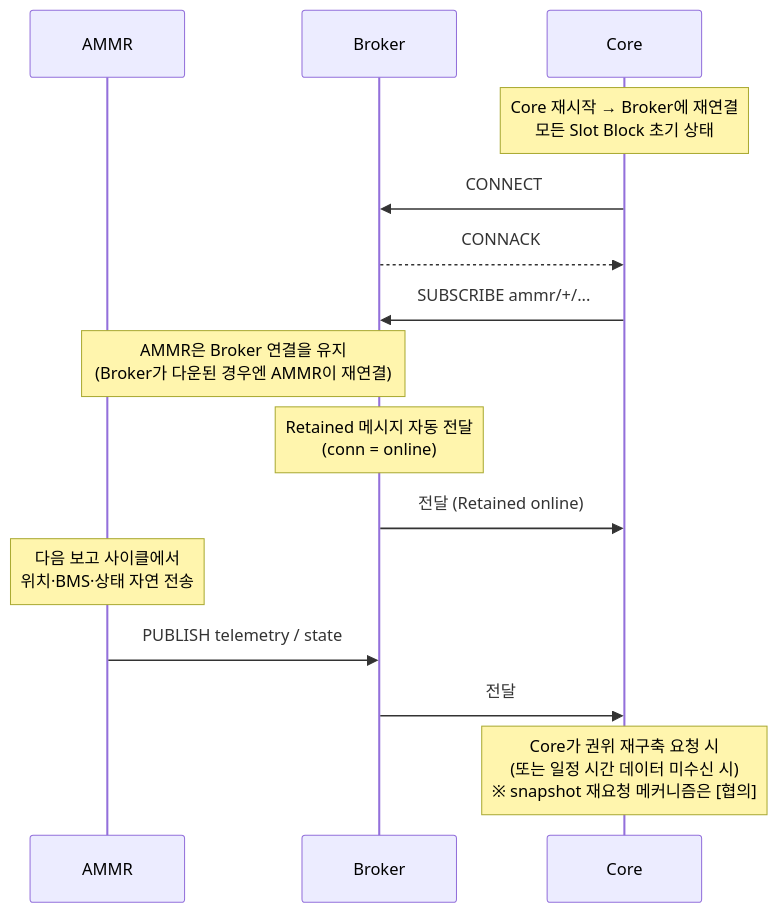
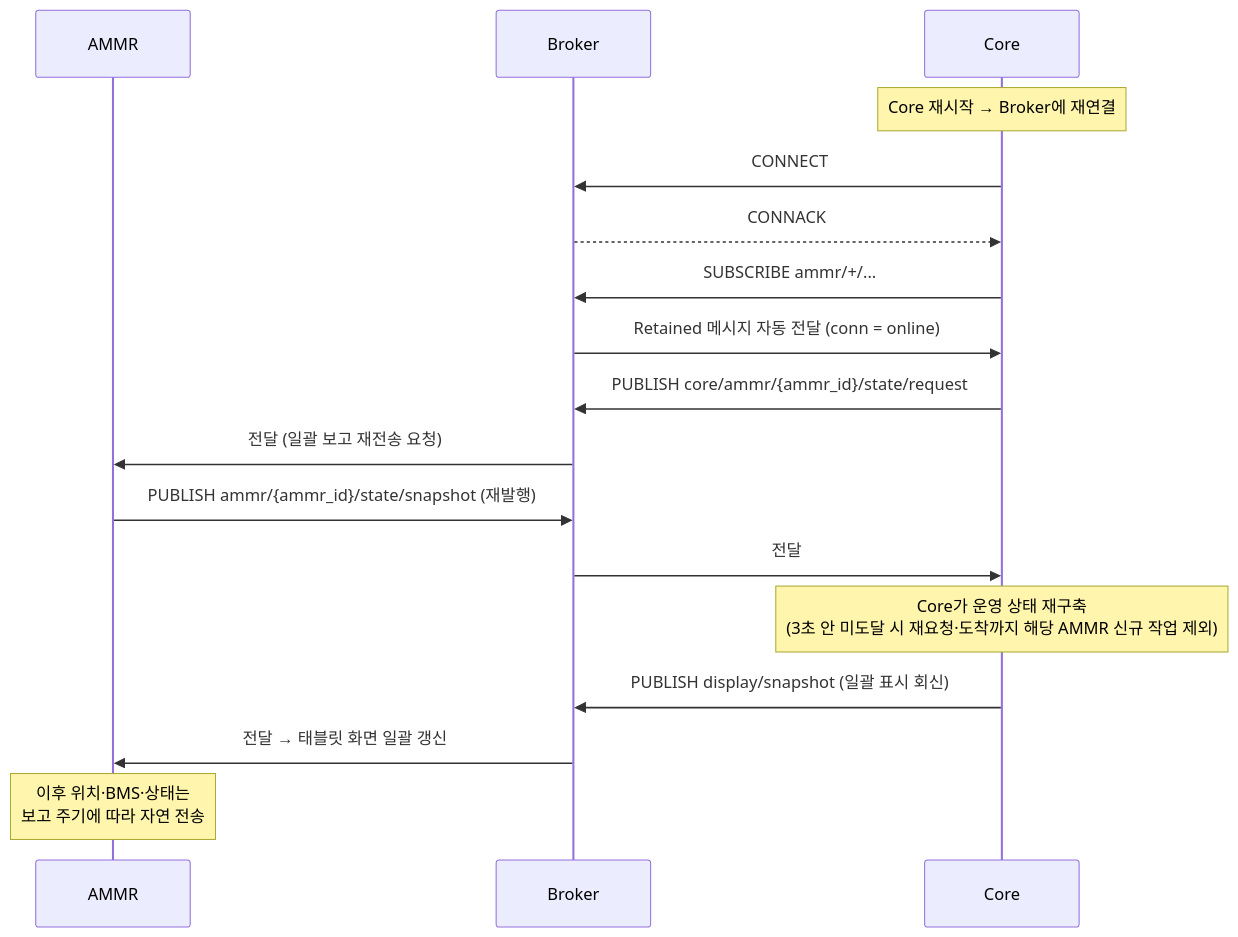
Before and after one commit to kimminsu0315/Core-Docs: diagram 12 of 12 in docs/out/Core_ICD_AMMR.md, drawn with Mermaid. The commit also changed other lines of this file and 7 other files, not shown here.

````diff
--- a/docs/out/Core_ICD_AMMR.md
+++ b/docs/out/Core_ICD_AMMR.md
@@ -814,21 +1204,22 @@
 ```mermaid
 sequenceDiagram
     participant A as AMMR
     participant B as Broker
     participant C as Core
 
-    Note over C: Core 재시작 → Broker에 재연결<br/>모든 Slot Block 초기 상태
+    Note over C: Core 재시작 → Broker에 재연결
     C->>B: CONNECT
     B-->>C: CONNACK
     C->>B: SUBSCRIBE ammr/+/...
+    B->>C: Retained 메시지 자동 전달 (conn = online)
 
-    Note over A,B: AMMR은 Broker 연결을 유지<br/>(Broker가 다운된 경우엔 AMMR이 재연결)
-    Note over B: Retained 메시지 자동 전달<br/>(conn = online)
-    B->>C: 전달 (Retained online)
+    C->>B: PUBLISH core/ammr/{ammr_id}/state/request
+    B->>A: 전달 (일괄 보고 재전송 요청)
+    A->>B: PUBLISH ammr/{ammr_id}/state/snapshot (재발행)
+    B->>C: 전달
+    Note over C: Core가 운영 상태 재구축<br/>(3초 안 미도달 시 재요청·도착까지 해당 AMMR 신규 작업 제외)
+    C->>B: PUBLISH display/snapshot (일괄 표시 회신)
+    B->>A: 전달 → 태블릿 화면 일괄 갱신
 
-    Note over A: 다음 보고 사이클에서<br/>위치·BMS·상태 자연 전송
-    A->>B: PUBLISH telemetry / state
-    B->>C: 전달
-
-    Note over C: Core가 권위 재구축 요청 시<br/>(또는 일정 시간 데이터 미수신 시)<br/>※ snapshot 재요청 메커니즘은 [협의]
+    Note over A: 이후 위치·BMS·상태는<br/>보고 주기에 따라 자연 전송
 ```
````
